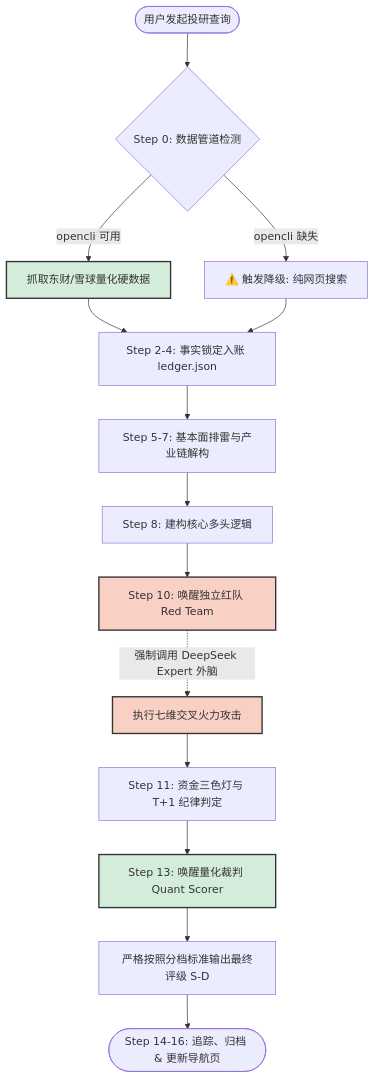
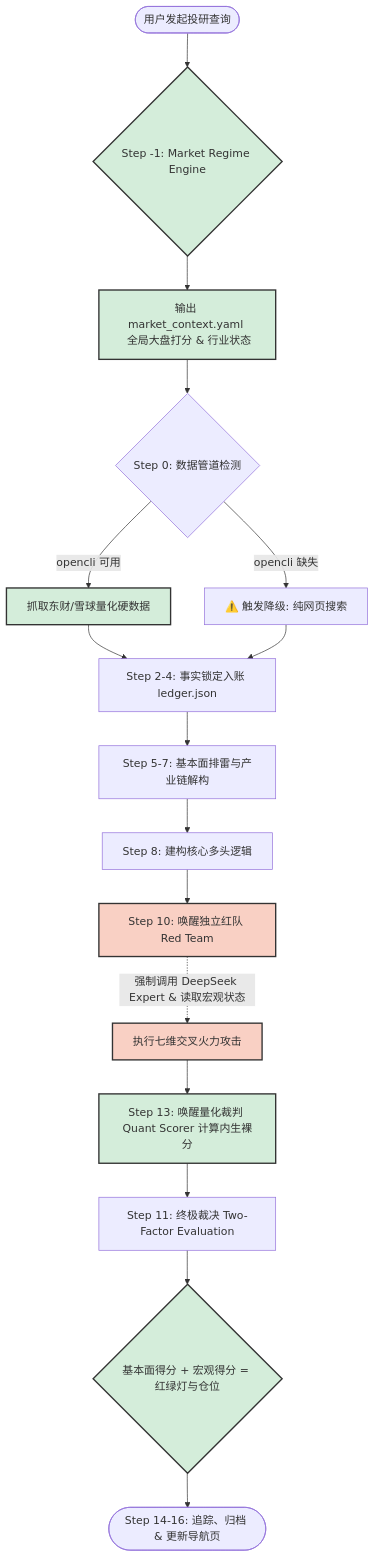
Before and after one commit to nihong/company-researcher: the diagram in README.md, drawn with Mermaid. The commit also changed other lines of this file and 6 other files, not shown here.

````diff
--- a/README.md
+++ b/README.md
@@ -25,21 +25,23 @@
 ```mermaid
 graph TD
-    A([用户发起投研查询]) --> B{Step 0: 数据管道检测}
-    B -- opencli 可用 --> C[抓取东财/雪球量化硬数据]
-    B -- opencli 缺失 --> D[⚠️ 触发降级: 纯网页搜索]
-    C --> E[Step 2-4: 事实锁定入账 ledger.json]
-    D --> E
-    E --> F[Step 5-7: 基本面排雷与产业链解构]
-    F --> G[Step 8: 建构核心多头逻辑]
-    G --> H[Step 10: 唤醒独立红队 Red Team]
-    H -.->|强制调用 DeepSeek Expert 外脑| I[执行七维交叉火力攻击]
-    I --> J[Step 11: 资金三色灯与 T+1 纪律判定]
-    J --> K[Step 13: 唤醒量化裁判 Quant Scorer]
-    K --> L[严格按照分档标准输出最终评级 S-D]
-    L --> M([Step 14-16: 追踪、归档 & 更新导航页])
+    A([用户发起投研查询]) --> B{Step -1: Market Regime Engine}
+    B --> C[输出 market_context.yaml <br> 全局大盘打分 & 行业状态]
+    C --> D{Step 0: 数据管道检测}
+    D -- opencli 可用 --> E[抓取东财/雪球量化硬数据]
+    D -- opencli 缺失 --> F[⚠️ 触发降级: 纯网页搜索]
+    E --> G[Step 2-4: 事实锁定入账 ledger.json]
+    F --> G
+    G --> H[Step 5-7: 基本面排雷与产业链解构]
+    H --> I[Step 8: 建构核心多头逻辑]
+    I --> J[Step 10: 唤醒独立红队 Red Team]
+    J -.->|强制调用 DeepSeek Expert & 读取宏观状态| K[执行七维交叉火力攻击]
+    K --> L[Step 13: 唤醒量化裁判 Quant Scorer 计算内生裸分]
+    L --> M[Step 11: 终极裁决 Two-Factor Evaluation]
+    M --> N{基本面得分 + 宏观得分 = 红绿灯与仓位}
+    N --> O([Step 14-16: 追踪、归档 & 更新导航页])
 
     classDef red fill:#f9d0c4,stroke:#333,stroke-width:2px;
-    class H,I red;
+    class J,K red;
     classDef green fill:#d4edda,stroke:#333,stroke-width:2px;
-    class C,K green;
+    class B,C,E,L,N green;
 ```
````
